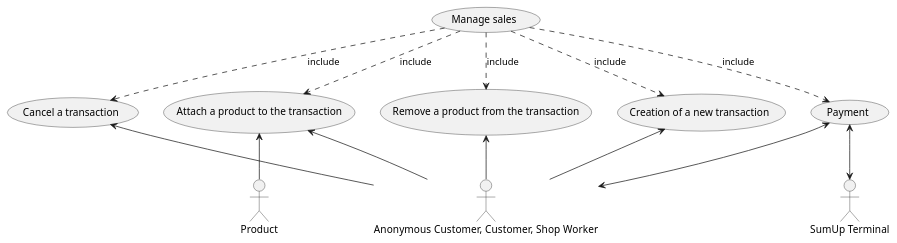
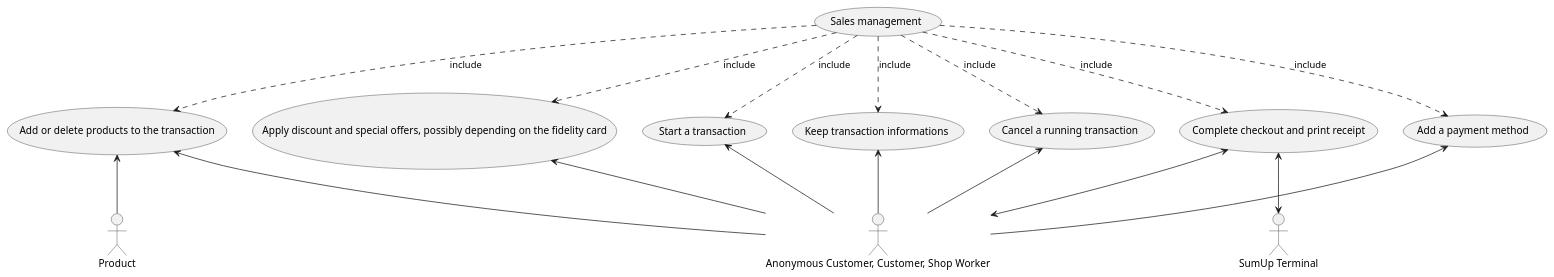
Before and after one commit to polito-se2-21-r03/se1-ezshop: the fourth of 12 diagrams in Deliverables/RequirementsDocument.md, drawn with PlantUML. The commit also changed other lines of this file, not shown here.

Commit message:
chaning about UC3 diagram

````diff
--- a/Deliverables/RequirementsDocument.md
+++ b/Deliverables/RequirementsDocument.md
@@ -268,30 +267,36 @@
 ```plantuml
 "Anonymous Customer, Customer, Shop Worker" as ACCSW
 "SumUp Terminal" as SumUpTerminal
 "Product" as Product
 
-(Manage sales) as FR3
+(Sales management) as FR3
 
-(Creation of a new transaction) as UC11
-(Attach a product to the transaction) as UC12
-(Remove a product from the transaction) as UC13
-(Payment) as UC14
-(Cancel a transaction) as UC15
+(Start a transaction) as UC3.1
+(Add or delete products to the transaction) as UC3.2
+(Cancel a running transaction) as UC3.3
+(Add a payment method) as UC3.4
+(Apply discount and special offers, possibly depending on the fidelity card) as UC3.5
+(Complete checkout and print receipt) as UC3.6
+(Keep transaction informations) as UC3.7
 
-/' Sale transactions management (UC11, UC12, UC13, UC14, UC15) '/
-FR3 ..> UC11 :include
-FR3 ..> UC12 :include
-FR3 ..> UC13 :include
-FR3 ..> UC14 :include
-FR3 ..> UC15 :include
+/' Sale transactions management (UC3.1, UC3.2, UC3.3, UC3.4, UC3.5, UC3.6, UC3.7,) '/
+FR3 ..> UC3.1 :include
+FR3 ..> UC3.2 :include
+FR3 ..> UC3.3 :include
+FR3 ..> UC3.4 :include
+FR3 ..> UC3.5 :include
+FR3 ..> UC3.6 :include
+FR3 ..> UC3.7 :include
 
-UC12 <-- ACCSW
-UC11 <-- ACCSW
-UC13 <-- ACCSW
-UC15 <-- ACCSW
-UC14 <--> ACCSW
+UC3.1 <-- ACCSW
+UC3.2 <-- ACCSW
+UC3.3 <-- ACCSW
+UC3.4 <-- ACCSW
+UC3.5 <-- ACCSW
+UC3.6 <--> ACCSW
+UC3.7 <-- ACCSW
 
-UC14 <--> SumUpTerminal
+UC3.6 <--> SumUpTerminal
 
-UC12 <-- Product
+UC3.2 <-- Product
 ```
````
